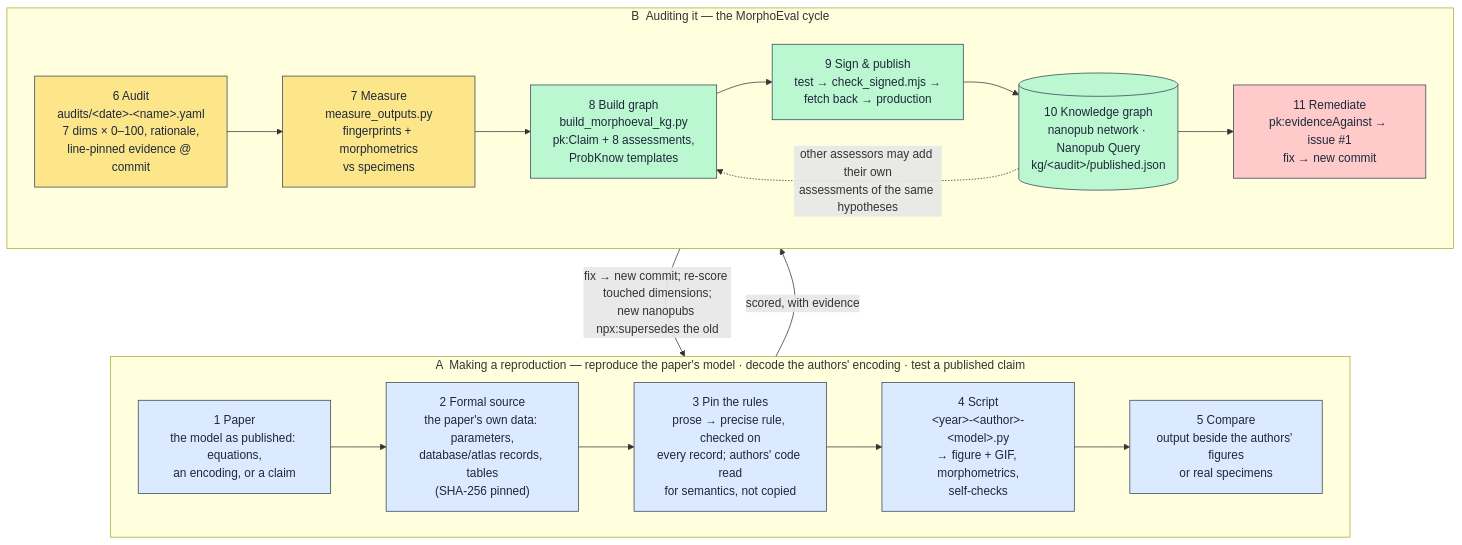
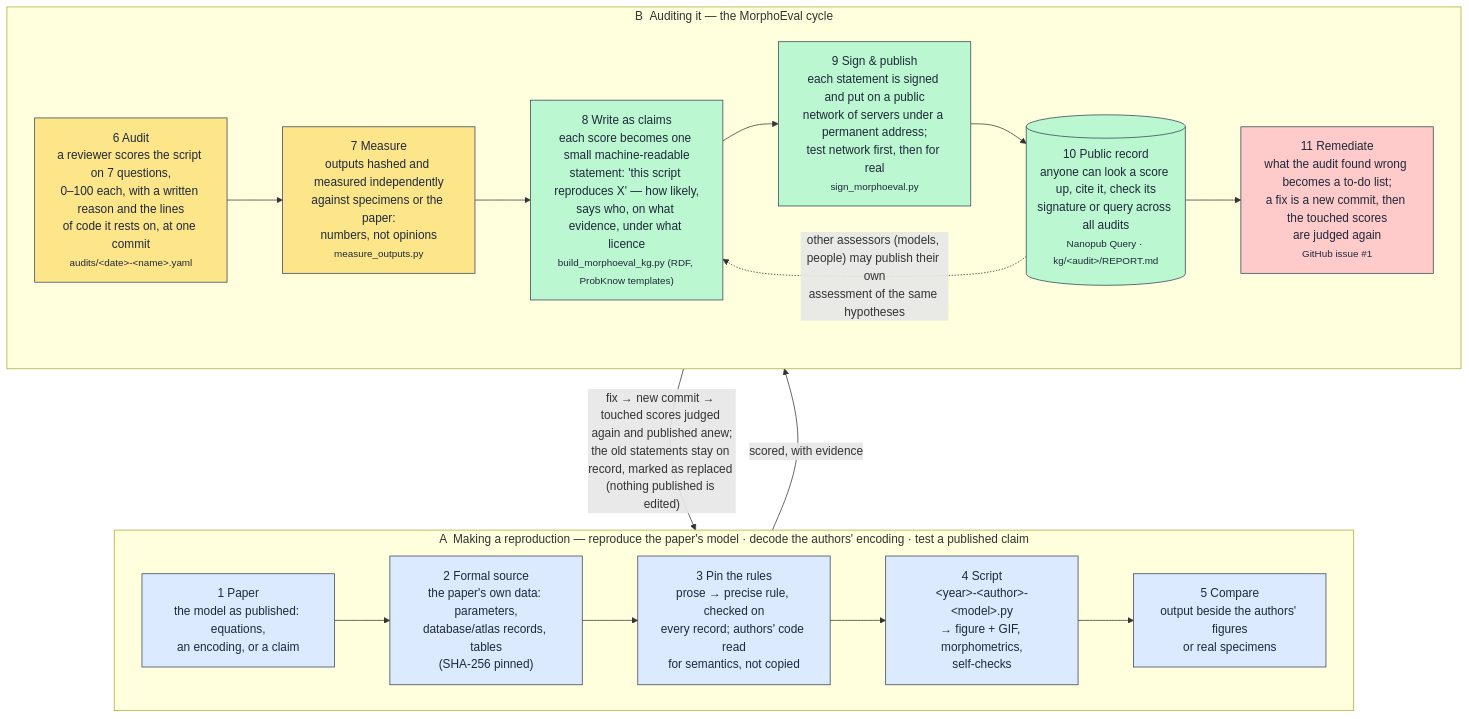
One commit to fractastical/morpholib changed the diagram in morphoeval/README.md. Above: the diagram before and after it, drawn with Mermaid. The commit also changed other lines of this file and 4 other files, not shown here.

First line of the commit message:
Pipeline diagram: tier B in plain language, with a note on what a nanopublication is

````diff
--- a/morphoeval/README.md
+++ b/morphoeval/README.md
@@ -55,32 +55,32 @@
 ```mermaid
 flowchart TB
     classDef build fill:#dbeafe,stroke:#334155,color:#1e293b
     classDef eval fill:#fde68a,stroke:#334155,color:#1e293b
     classDef pub fill:#bbf7d0,stroke:#334155,color:#1e293b
     classDef loop fill:#fecaca,stroke:#334155,color:#1e293b
 
     subgraph A["A &nbsp;Making a reproduction — reproduce the paper's model · decode the authors' encoding · test a published claim"]
         direction LR
         P["1 Paper<br/>the model as published: equations,<br/>an encoding, or a claim"]:::build
         S["2 Formal source<br/>the paper's own data: parameters,<br/>database/atlas records, tables<br/>(SHA-256 pinned)"]:::build
         R["3 Pin the rules<br/>prose → precise rule, checked on<br/>every record; authors' code read<br/>for semantics, not copied"]:::build
         X["4 Script<br/>&lt;year&gt;-&lt;author&gt;-&lt;model&gt;.py<br/>→ figure + GIF, morphometrics,<br/>self-checks"]:::build
         C["5 Compare<br/>output beside the authors' figures<br/>or real specimens"]:::build
         P --> S --> R --> X --> C
     end
 
     subgraph B["B &nbsp;Auditing it — the MorphoEval cycle"]
         direction LR
-        AU["6 Audit<br/>audits/&lt;date&gt;-&lt;name&gt;.yaml<br/>7 dims × 0–100, rationale,<br/>line-pinned evidence @ commit"]:::eval
-        M["7 Measure<br/>measure_outputs.py<br/>fingerprints + morphometrics<br/>vs specimens"]:::eval
-        BG["8 Build graph<br/>build_morphoeval_kg.py<br/>pk:Claim + 8 assessments,<br/>ProbKnow templates"]:::pub
-        PU["9 Sign &amp; publish<br/>test → check_signed.mjs →<br/>fetch back → production"]:::pub
-        G[("10 Knowledge graph<br/>nanopub network · Nanopub Query<br/>kg/&lt;audit&gt;/published.json")]:::pub
-        T["11 Remediate<br/>pk:evidenceAgainst → issue #1<br/>fix → new commit"]:::loop
+        AU["6 Audit<br/>a reviewer scores the script on 7 questions,<br/>0–100 each, with a written reason and the lines<br/>of code it rests on, at one commit<br/><small>audits/&lt;date&gt;-&lt;name&gt;.yaml</small>"]:::eval
+        M["7 Measure<br/>outputs hashed and measured independently<br/>against specimens or the paper:<br/>numbers, not opinions<br/><small>measure_outputs.py</small>"]:::eval
+        BG["8 Write as claims<br/>each score becomes one small machine-readable<br/>statement: 'this script reproduces X' — how likely,<br/>says who, on what evidence, under what licence<br/><small>build_morphoeval_kg.py (RDF, ProbKnow templates)</small>"]:::pub
+        PU["9 Sign &amp; publish<br/>each statement is signed and put on a public<br/>network of servers under a permanent address;<br/>test network first, then for real<br/><small>sign_morphoeval.py</small>"]:::pub
+        G[("10 Public record<br/>anyone can look a score up, cite it, check its<br/>signature or query across all audits<br/><small>Nanopub Query · kg/&lt;audit&gt;/REPORT.md</small>")]:::pub
+        T["11 Remediate<br/>what the audit found wrong becomes a to-do list;<br/>a fix is a new commit, then the touched scores<br/>are judged again<br/><small>GitHub issue #1</small>"]:::loop
         AU --> M --> BG --> PU --> G --> T
     end
 
     C -- scored, with evidence --> AU
-    T -- "fix → new commit; re-score touched dimensions;<br/>new nanopubs npx:supersedes the old" --> X
-    G -. other assessors may add their own<br/>assessments of the same hypotheses .-> BG
+    T -- "fix → new commit → touched scores judged again and published anew;<br/>the old statements stay on record, marked as replaced (nothing published is edited)" --> X
+    G -. other assessors (models, people) may publish their own<br/>assessment of the same hypotheses .-> BG
 ```
````
